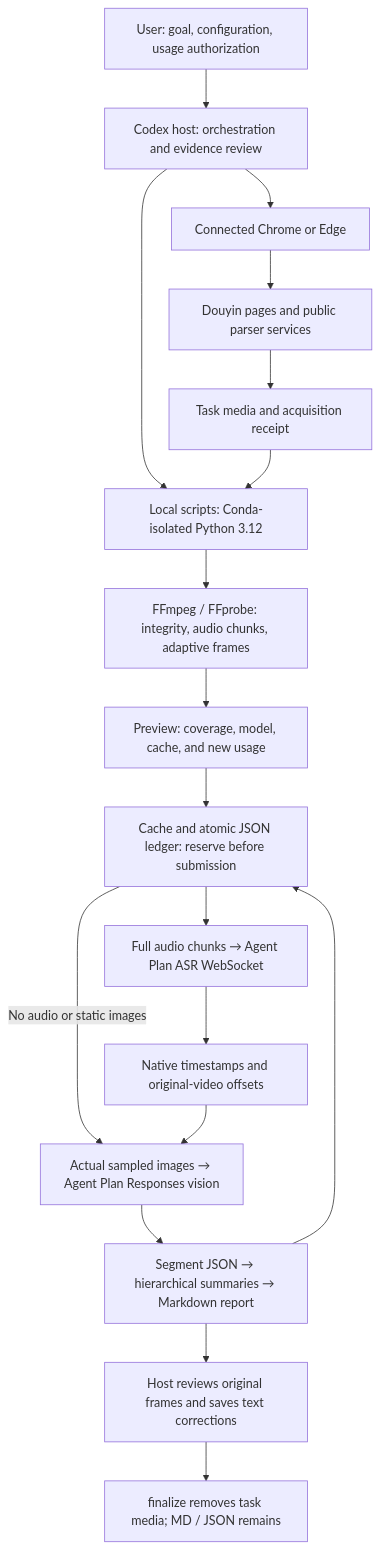
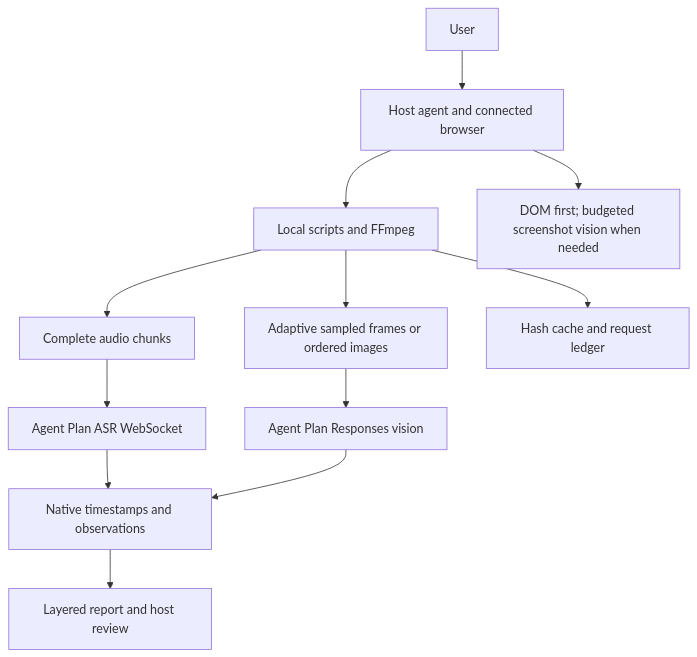
One commit to HNNUYUXUAN/douyin-agent changed the fourth of 5 diagrams in README.en.md. Above: the diagram before and after it, drawn with Mermaid. The commit also changed other lines of this file and 61 other files, not shown here.

````diff
--- a/README.en.md
+++ b/README.en.md
@@ -154,20 +76,14 @@
 ```mermaid
 flowchart TD
-  U["User: goal, configuration, usage authorization"] --> H["Codex host: orchestration and evidence review"]
-  H --> B["Connected Chrome or Edge"]
-  B --> S["Douyin pages and public parser services"]
-  S --> F["Task media and acquisition receipt"]
-  H --> L["Local scripts: Conda-isolated Python 3.12"]
-  F --> L
-  L --> T["FFmpeg / FFprobe: integrity, audio chunks, adaptive frames"]
-  T --> P["Preview: coverage, model, cache, and new usage"]
-  P --> C["Cache and atomic JSON ledger: reserve before submission"]
-  C -->|No audio or static images| V
-  C --> A["Full audio chunks → Agent Plan ASR WebSocket"]
-  A --> N["Native timestamps and original-video offsets"]
-  N --> V["Actual sampled images → Agent Plan Responses vision"]
-  V --> G["Segment JSON → hierarchical summaries → Markdown report"]
-  G --> R["Host reviews original frames and saves text corrections"]
-  R --> X["finalize removes task media; MD / JSON remains"]
-  G --> C
+A[User] --> B[Host agent and connected browser]
+B --> C[Local scripts and FFmpeg]
+C --> D[Complete audio chunks]
+C --> E[Adaptive sampled frames or ordered images]
+D --> F[Agent Plan ASR WebSocket]
+E --> G[Agent Plan Responses vision]
+F --> H[Native timestamps and observations]
+G --> H
+H --> I[Layered report and host review]
+C --> J[Hash cache and request ledger]
+B --> K[DOM first; budgeted screenshot vision when needed]
 ```
````
